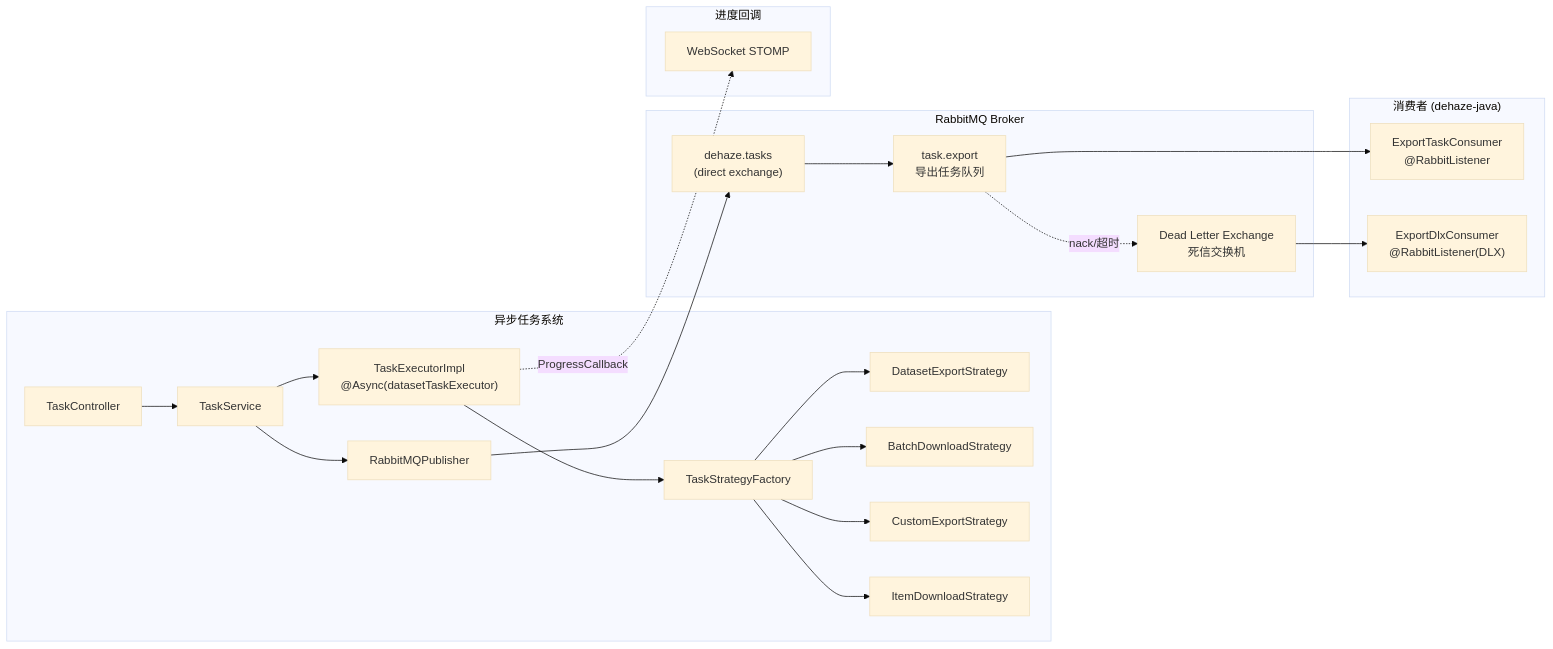
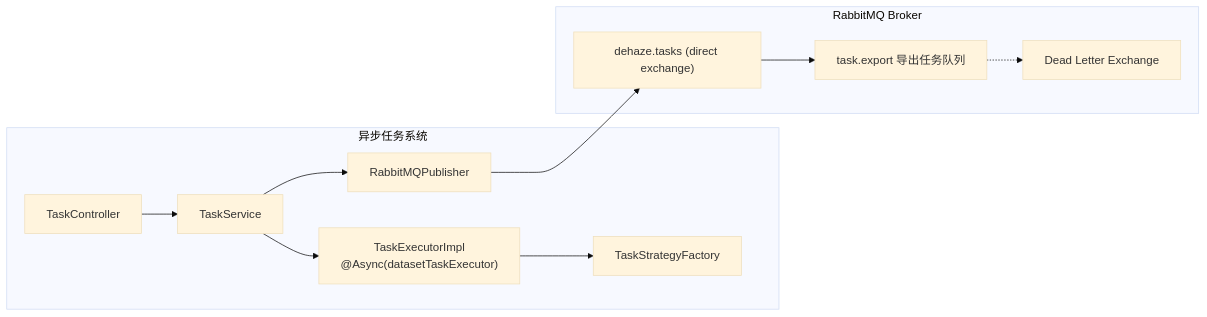
The fifth of 8 diagrams in dehaze-doc/docs/04-项目实现/后端/01-Java架构文档.md (earthy-zinc/dehaze-system), drawn with Mermaid (base theme) before and after one commit. The commit also changed other lines of this file and 755 other files, not shown here.

````diff
--- a/dehaze-doc/docs/04-项目实现/后端/01-Java架构文档.md
+++ b/dehaze-doc/docs/04-项目实现/后端/01-Java架构文档.md
@@ -550,32 +355,18 @@
 ```mermaid
 flowchart LR
     subgraph TaskSystem["异步任务系统"]
         Controller["TaskController"] --> TaskService
         TaskService --> TaskExecutor["TaskExecutorImpl<br/>@Async(datasetTaskExecutor)"]
         TaskService --> Publisher["RabbitMQPublisher"]
         TaskExecutor --> Factory["TaskStrategyFactory"]
-        Factory --> S1["DatasetExportStrategy"]
-        Factory --> S2["BatchDownloadStrategy"]
-        Factory --> S3["CustomExportStrategy"]
-        Factory --> S4["ItemDownloadStrategy"]
     end
 
     subgraph MQ["RabbitMQ Broker"]
-        Exchange["dehaze.tasks<br/>(direct exchange)"]
-        Q1["task.export<br/>导出任务队列"]
-        DLX["Dead Letter Exchange<br/>死信交换机"]
+        Exchange["dehaze.tasks (direct exchange)"]
+        Q1["task.export 导出任务队列"]
+        DLX["Dead Letter Exchange"]
     end
 
-    subgraph Consumer["消费者 (dehaze-java)"]
-        ExportConsumer["ExportTaskConsumer<br/>@RabbitListener"]
-        DlxConsumer["ExportDlxConsumer<br/>@RabbitListener(DLX)"]
-    end
-
-    subgraph Progress["进度回调"]
-        WebSocket["WebSocket STOMP"]
-    end
-
-    Publisher --> Exchange --> Q1 --> ExportConsumer
-    Q1 -.->|"nack/超时"| DLX --> DlxConsumer
-    TaskExecutor -.->|"ProgressCallback"| WebSocket
+    Publisher --> Exchange --> Q1
+    Q1 -.-> DLX
 ```
````
